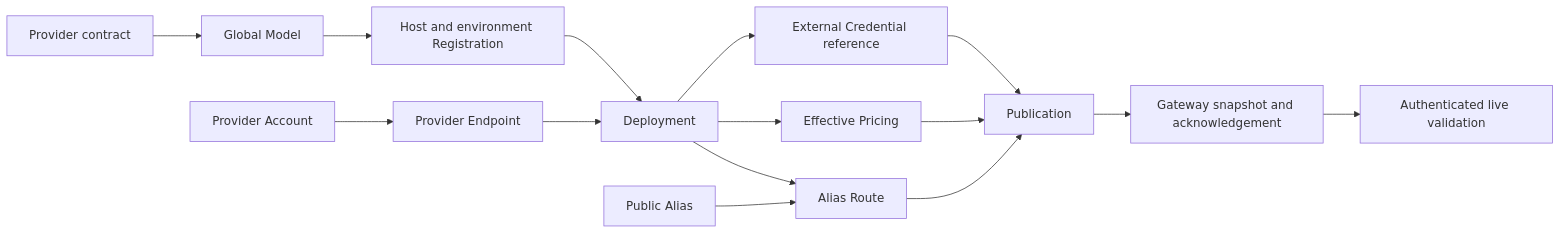
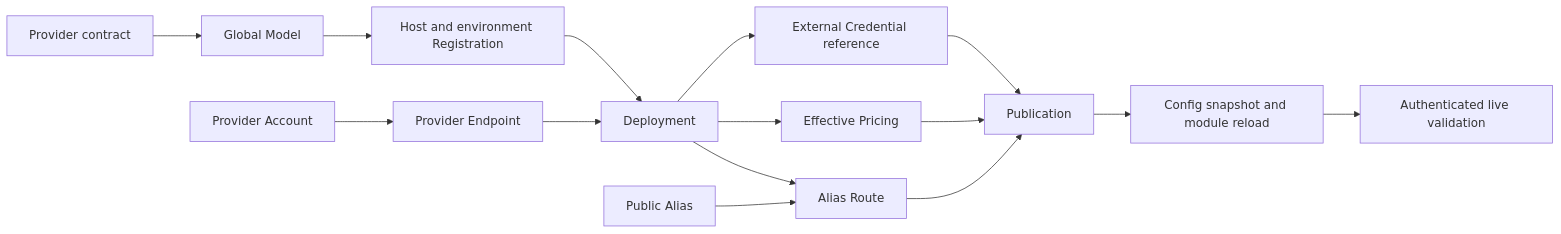
One commit to lightapi/light-portal-doc changed the diagram in src/tutorial/light-gateway/llm-gateway.md. Above: the diagram before and after it, drawn with Mermaid. The commit also changed other lines of this file and 5 other files, not shown here.

````diff
--- a/src/tutorial/light-gateway/llm-gateway.md
+++ b/src/tutorial/light-gateway/llm-gateway.md
@@ -89,17 +89,17 @@
 ```mermaid
 flowchart LR
     S[Provider contract] --> M[Global Model]
     M --> R[Host and environment Registration]
     A[Provider Account] --> E[Provider Endpoint]
     R --> D[Deployment]
     E --> D
     D --> C[External Credential reference]
     D --> P[Effective Pricing]
     L[Public Alias] --> T[Alias Route]
     D --> T
     C --> U[Publication]
     P --> U
     T --> U
-    U --> G[Gateway snapshot and acknowledgement]
+    U --> G[Config snapshot and module reload]
     G --> V[Authenticated live validation]
 ```
````
